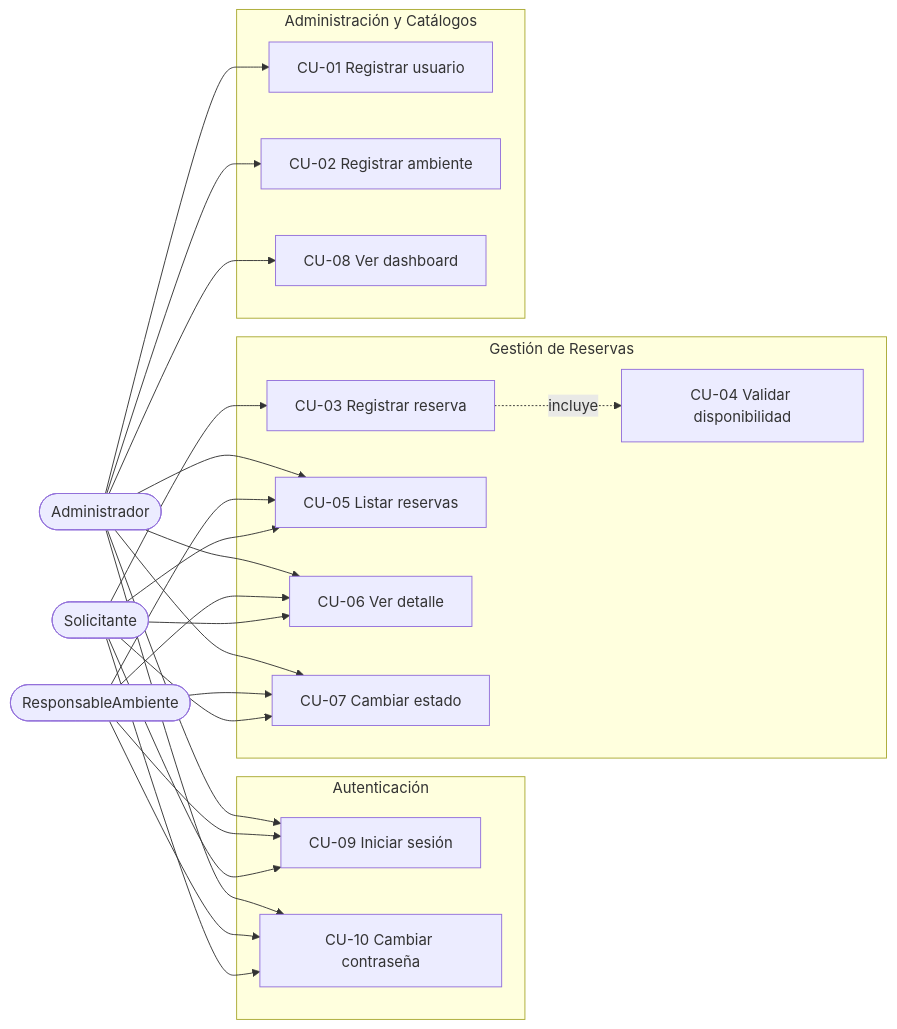
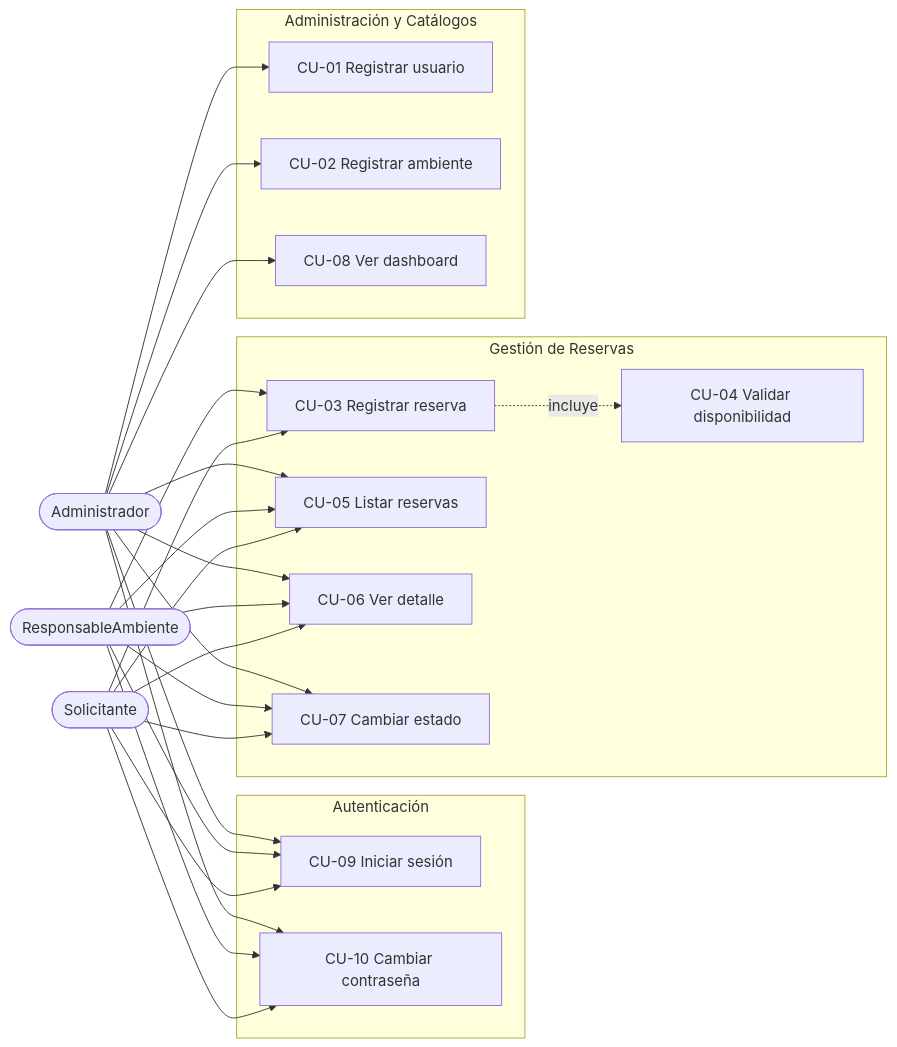
Before and after one commit to Kody2003/ReservaUPLA: the first of 5 diagrams in docs/S01_ANALISIS.md, drawn with Mermaid. The commit also changed other lines of this file, not shown here.

````diff
--- a/docs/S01_ANALISIS.md
+++ b/docs/S01_ANALISIS.md
@@ -52,48 +52,49 @@
 ```mermaid
 flowchart LR
     S([Solicitante])
     R([ResponsableAmbiente])
     A([Administrador])
 
     subgraph Autenticación
         CU09[CU-09 Iniciar sesión]
         CU10[CU-10 Cambiar contraseña]
     end
 
     subgraph Gestión de Reservas
         CU03[CU-03 Registrar reserva]
         CU04[CU-04 Validar disponibilidad]
         CU05[CU-05 Listar reservas]
         CU06[CU-06 Ver detalle]
         CU07[CU-07 Cambiar estado]
     end
 
     subgraph Administración y Catálogos
         CU01[CU-01 Registrar usuario]
         CU02[CU-02 Registrar ambiente]
         CU08[CU-08 Ver dashboard]
     end
 
     S --> CU09
     S --> CU10
     S --> CU03
     S --> CU05
     S --> CU06
     S --> CU07
     CU03 -. incluye .-> CU04
 
     R --> CU09
     R --> CU10
+    R --> CU03
     R --> CU05
     R --> CU06
     R --> CU07
 
     A --> CU09
     A --> CU10
     A --> CU01
     A --> CU02
     A --> CU05
     A --> CU06
     A --> CU07
     A --> CU08
 ```
````
